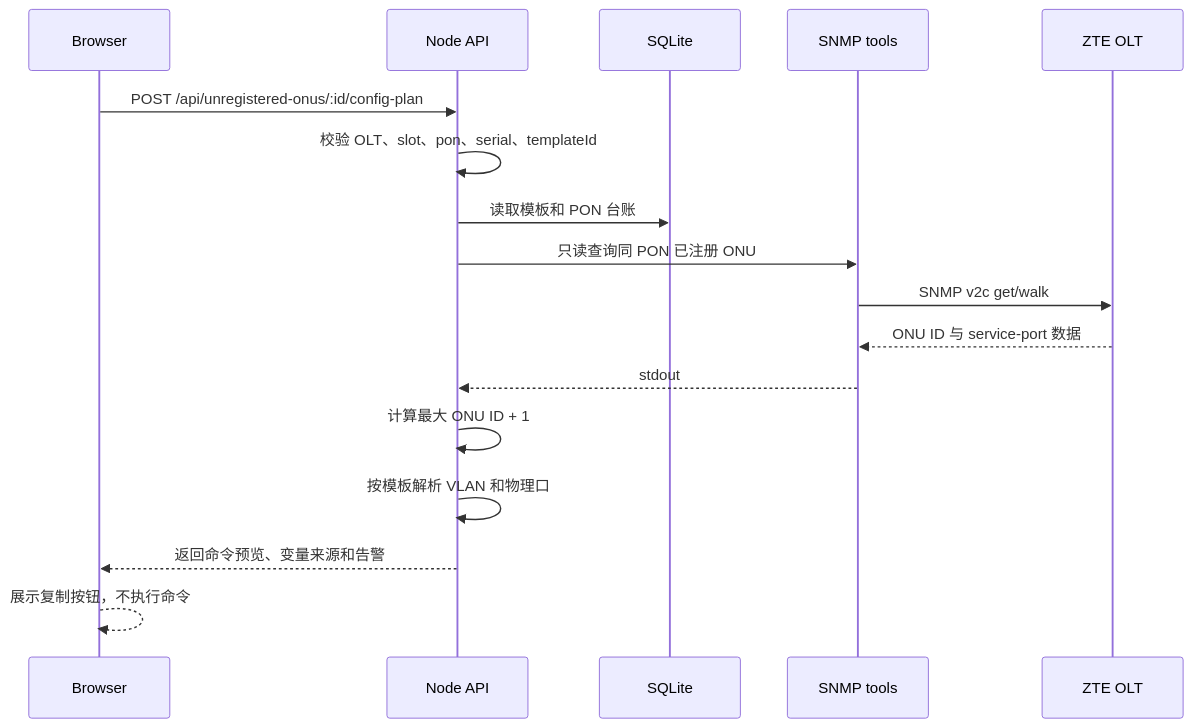
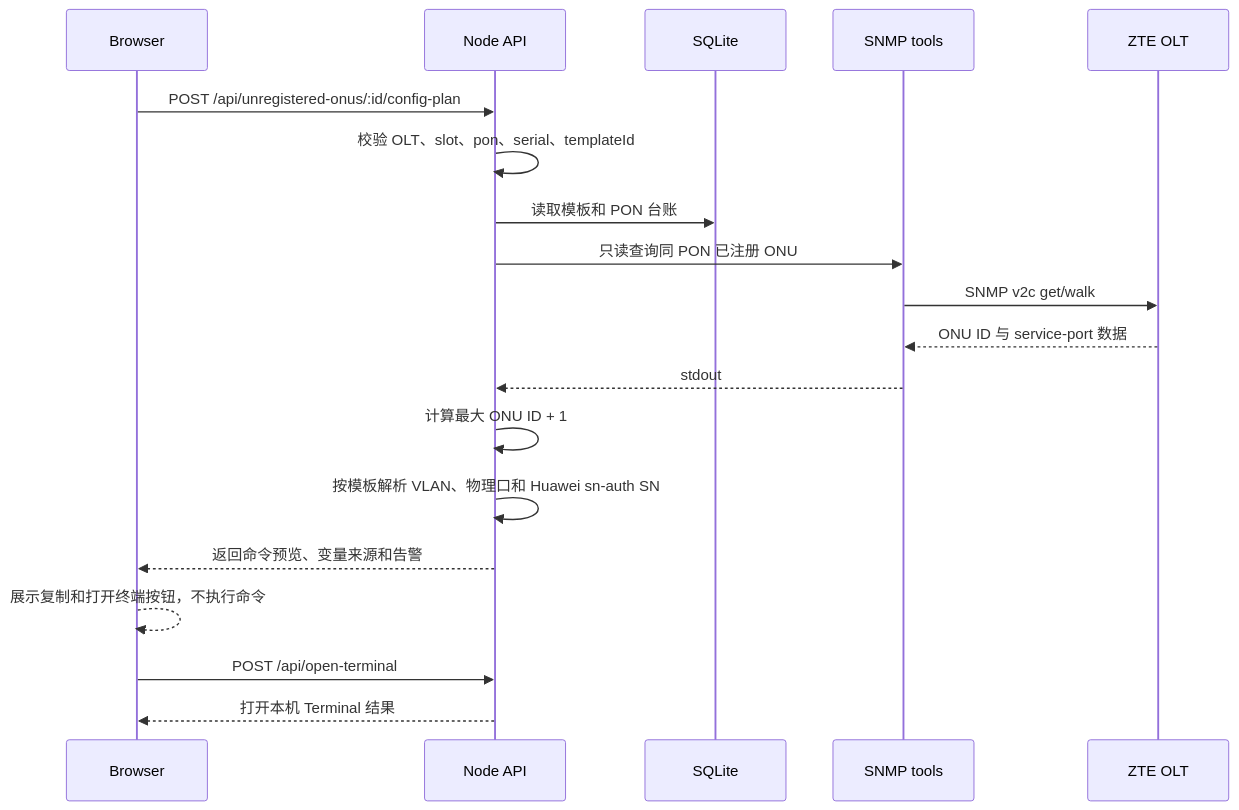
One commit to landvd/OLT-Manager changed the fourth of 5 diagrams in docs/design/sequence.md. Above: the diagram before and after it, drawn with Mermaid. The commit also changed other lines of this file and 14 other files, not shown here.

````diff
--- a/docs/design/sequence.md
+++ b/docs/design/sequence.md
@@ -66,20 +66,22 @@
 ```mermaid
 sequenceDiagram
   participant Browser as Browser
   participant API as Node API
   participant DB as SQLite
   participant SNMP as SNMP tools
   participant OLT as ZTE OLT
 
   Browser->>API: POST /api/unregistered-onus/:id/config-plan
   API->>API: 校验 OLT、slot、pon、serial、templateId
   API->>DB: 读取模板和 PON 台账
   API->>SNMP: 只读查询同 PON 已注册 ONU
   SNMP->>OLT: SNMP v2c get/walk
   OLT-->>SNMP: ONU ID 与 service-port 数据
   SNMP-->>API: stdout
   API->>API: 计算最大 ONU ID + 1
-  API->>API: 按模板解析 VLAN 和物理口
+  API->>API: 按模板解析 VLAN、物理口和 Huawei sn-auth SN
   API-->>Browser: 返回命令预览、变量来源和告警
-  Browser-->>Browser: 展示复制按钮，不执行命令
+  Browser-->>Browser: 展示复制和打开终端按钮，不执行命令
+  Browser->>API: POST /api/open-terminal
+  API-->>Browser: 打开本机 Terminal 结果
 ```
````
